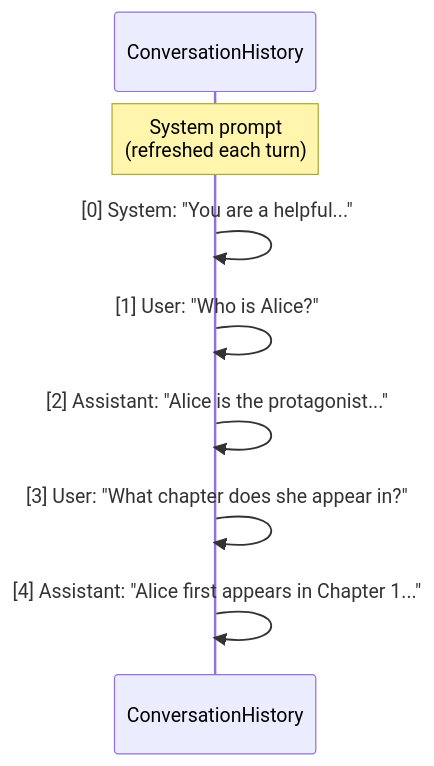
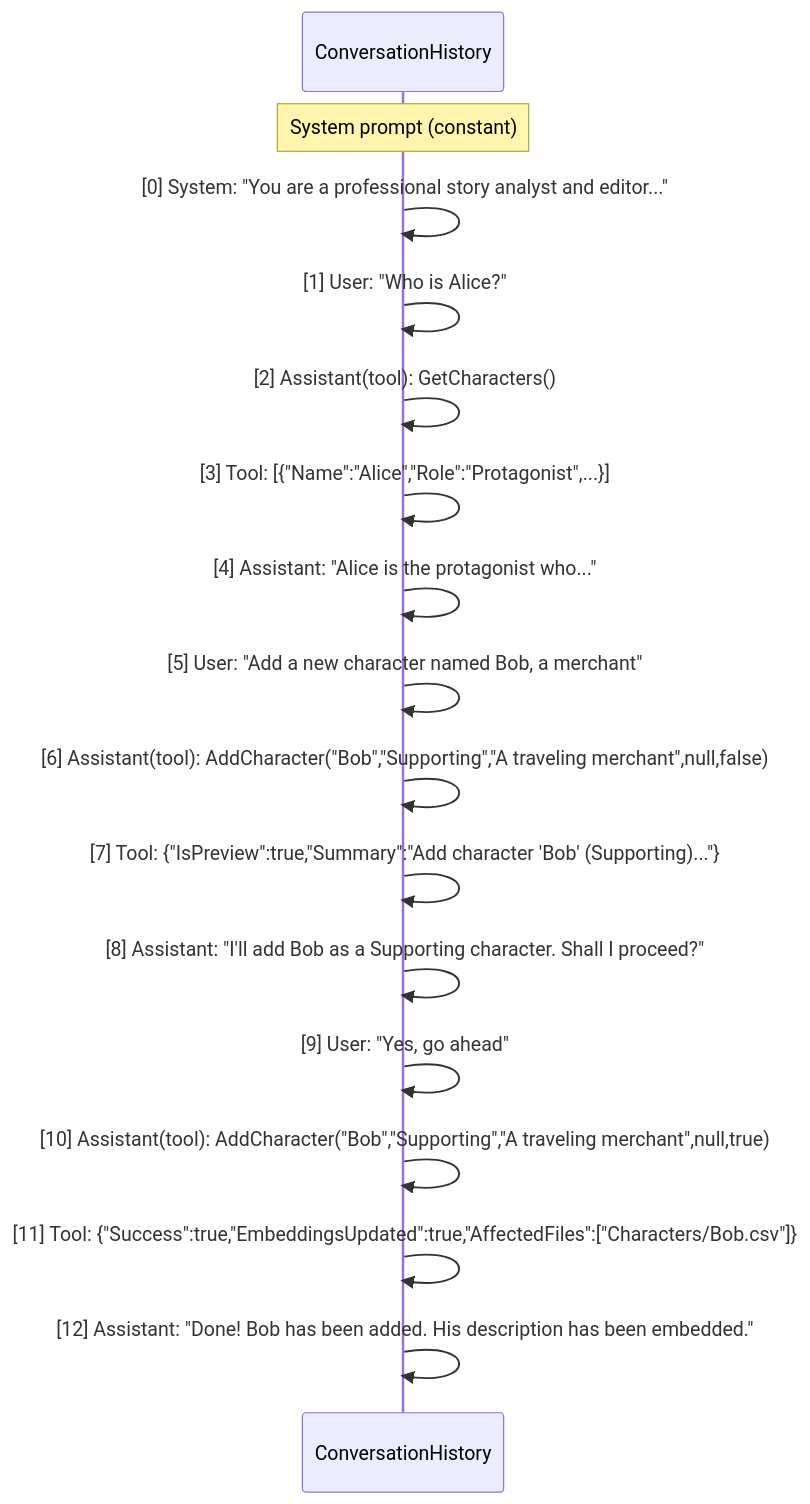
Diagram 15 of 16 in docs/chat-tab-implementation-plan.md (AIStoryBuilders/AIStoryBuilders), drawn with Mermaid before and after one commit. The commit also changed other lines of this file and 1 other file, not shown here.

First line of the commit message:
Rewrite chat tab implementation plan for tool-calling AI

````diff
--- a/docs/chat-tab-implementation-plan.md
+++ b/docs/chat-tab-implementation-plan.md
@@ -531,10 +2635,18 @@
 ```mermaid
 sequenceDiagram
     participant H as ConversationHistory
-    Note over H: System prompt<br/>(refreshed each turn)
-    H->>H: [0] System: "You are a helpful..."
+    Note over H: System prompt (constant)
+    H->>H: [0] System: "You are a professional story analyst and editor..."
     H->>H: [1] User: "Who is Alice?"
-    H->>H: [2] Assistant: "Alice is the protagonist..."
-    H->>H: [3] User: "What chapter does she appear in?"
-    H->>H: [4] Assistant: "Alice first appears in Chapter 1..."
+    H->>H: [2] Assistant(tool): GetCharacters()
+    H->>H: [3] Tool: [{"Name":"Alice","Role":"Protagonist",...}]
+    H->>H: [4] Assistant: "Alice is the protagonist who..."
+    H->>H: [5] User: "Add a new character named Bob, a merchant"
+    H->>H: [6] Assistant(tool): AddCharacter("Bob","Supporting","A traveling merchant",null,false)
+    H->>H: [7] Tool: {"IsPreview":true,"Summary":"Add character 'Bob' (Supporting)..."}
+    H->>H: [8] Assistant: "I'll add Bob as a Supporting character. Shall I proceed?"
+    H->>H: [9] User: "Yes, go ahead"
+    H->>H: [10] Assistant(tool): AddCharacter("Bob","Supporting","A traveling merchant",null,true)
+    H->>H: [11] Tool: {"Success":true,"EmbeddingsUpdated":true,"AffectedFiles":["Characters/Bob.csv"]}
+    H->>H: [12] Assistant: "Done! Bob has been added. His description has been embedded."
 ```
````
